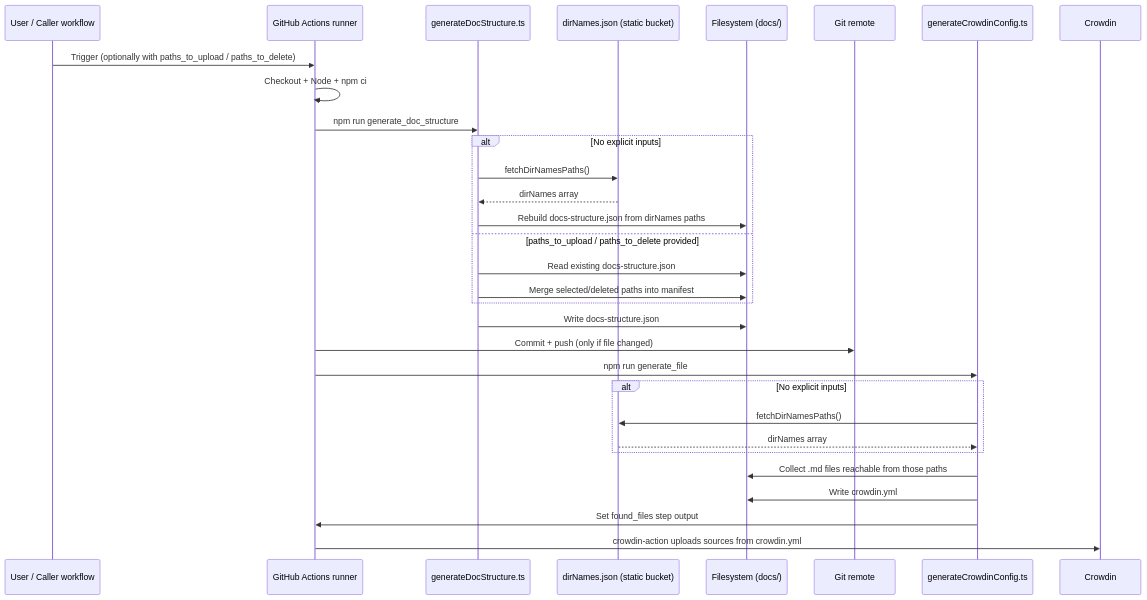
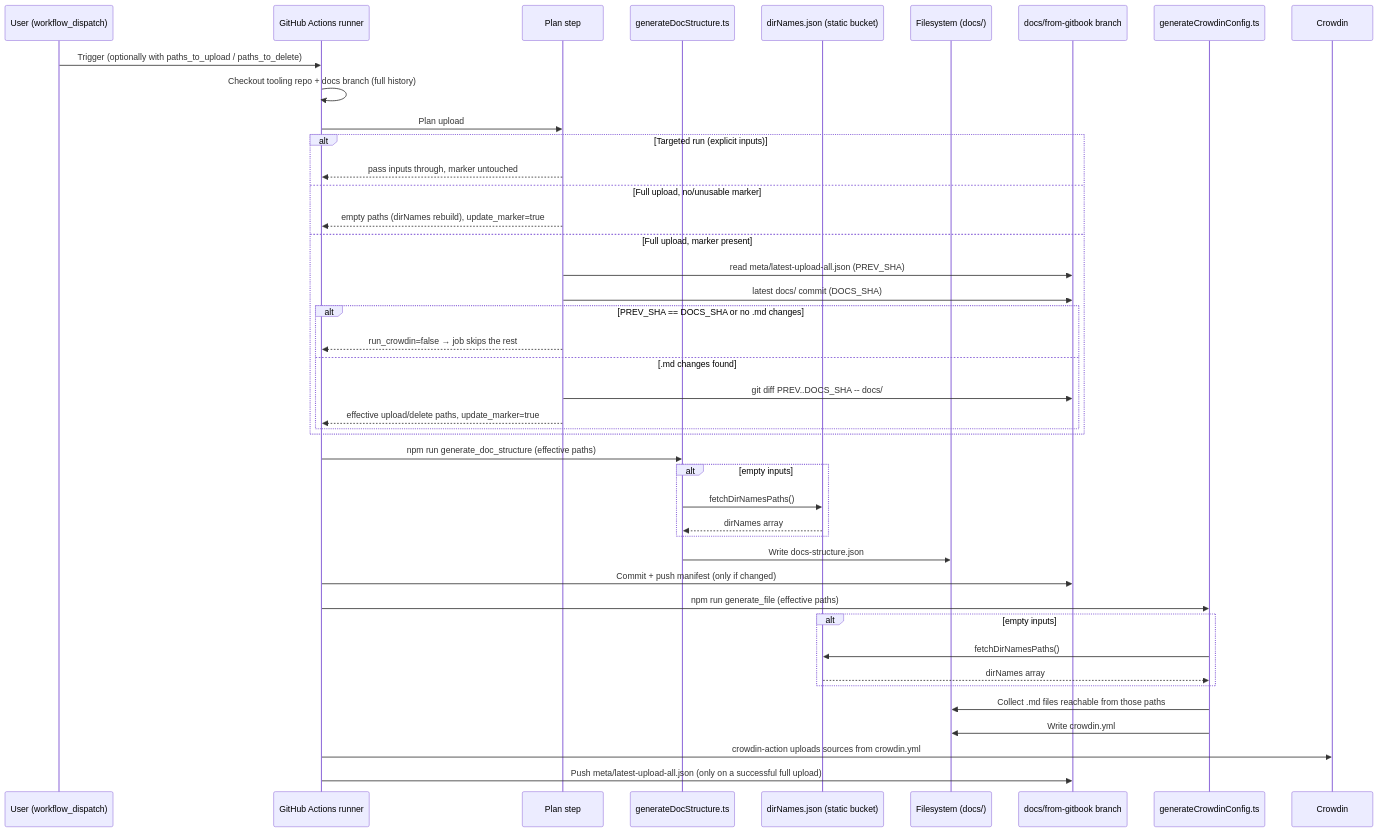
One commit to pagopa/devportal-docs changed the sixth of 6 diagrams in upload_sources_to_crowdin_workflow.md. Above: the diagram before and after it, drawn with Mermaid. The commit also changed other lines of this file and 1 other file, not shown here.

First line of the commit message:
[DEV-4450] diff-based full upload logic (#221)

````diff
--- a/upload_sources_to_crowdin_workflow.md
+++ b/upload_sources_to_crowdin_workflow.md
@@ -255,34 +395,46 @@
 ```mermaid
 sequenceDiagram
-    participant U as User / Caller workflow
+    participant U as User (workflow_dispatch)
     participant GA as GitHub Actions runner
+    participant PL as Plan step
     participant DS as generateDocStructure.ts
     participant DN as dirNames.json (static bucket)
     participant FS as Filesystem (docs/)
-    participant G as Git remote
+    participant G as docs/from-gitbook branch
     participant CC as generateCrowdinConfig.ts
     participant CR as Crowdin
 
     U->>GA: Trigger (optionally with paths_to_upload / paths_to_delete)
-    GA->>GA: Checkout + Node + npm ci
-    GA->>DS: npm run generate_doc_structure
-    alt No explicit inputs
+    GA->>GA: Checkout tooling repo + docs branch (full history)
+    GA->>PL: Plan upload
+    alt Targeted run (explicit inputs)
+        PL-->>GA: pass inputs through, marker untouched
+    else Full upload, no/unusable marker
+        PL-->>GA: empty paths (dirNames rebuild), update_marker=true
+    else Full upload, marker present
+        PL->>G: read meta/latest-upload-all.json (PREV_SHA)
+        PL->>G: latest docs/ commit (DOCS_SHA)
+        alt PREV_SHA == DOCS_SHA or no .md changes
+            PL-->>GA: run_crowdin=false → job skips the rest
+        else .md changes found
+            PL->>G: git diff PREV..DOCS_SHA -- docs/
+            PL-->>GA: effective upload/delete paths, update_marker=true
+        end
+    end
+    GA->>DS: npm run generate_doc_structure (effective paths)
+    alt empty inputs
         DS->>DN: fetchDirNamesPaths()
         DN-->>DS: dirNames array
-        DS->>FS: Rebuild docs-structure.json from dirNames paths
-    else paths_to_upload / paths_to_delete provided
-        DS->>FS: Read existing docs-structure.json
-        DS->>FS: Merge selected/deleted paths into manifest
     end
     DS->>FS: Write docs-structure.json
-    GA->>G: Commit + push (only if file changed)
-    GA->>CC: npm run generate_file
-    alt No explicit inputs
+    GA->>G: Commit + push manifest (only if changed)
+    GA->>CC: npm run generate_file (effective paths)
+    alt empty inputs
         CC->>DN: fetchDirNamesPaths()
         DN-->>CC: dirNames array
     end
     CC->>FS: Collect .md files reachable from those paths
     CC->>FS: Write crowdin.yml
-    CC->>GA: Set found_files step output
     GA->>CR: crowdin-action uploads sources from crowdin.yml
+    GA->>G: Push meta/latest-upload-all.json (only on a successful full upload)
 ```
````
